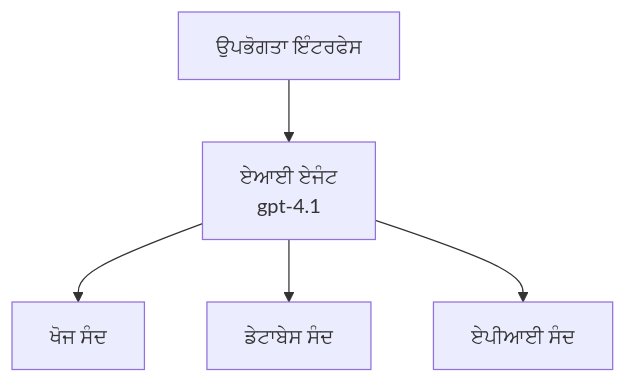
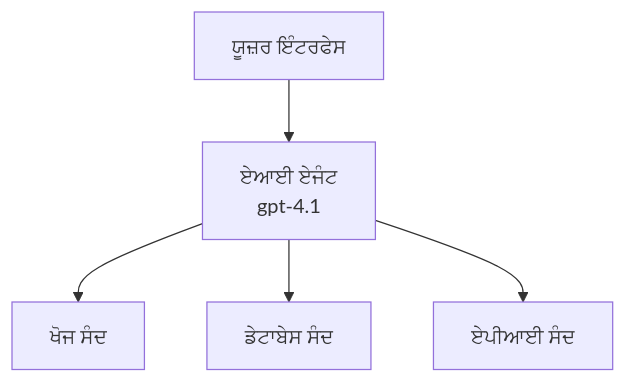
Before and after one commit to microsoft/AZD-for-beginners: the first of 3 diagrams in translations/pa/docs/chapter-02-ai-development/agents.md, drawn with Mermaid. The commit also changed other lines of this file and 59 other files, not shown here.

````diff
--- a/translations/pa/docs/chapter-02-ai-development/agents.md
+++ b/translations/pa/docs/chapter-02-ai-development/agents.md
@@ -162,7 +162,7 @@
 ```mermaid
 graph TD
-    UI[ਉਪਭੋਗਤਾ ਇੰਟਰਫੇਸ] --> Agent[ਏਆਈ ਏਜੰਟ<br/>gpt-4.1]
+    UI[ਯੂਜ਼ਰ ਇੰਟਰਫੇਸ] --> Agent[ਏਆਈ ਏਜੰਟ<br/>gpt-4.1]
     Agent --> Search[ਖੋਜ ਸੰਦ]
     Agent --> Database[ਡੇਟਾਬੇਸ ਸੰਦ]
     Agent --> API[ਏਪੀਆਈ ਸੰਦ]
 ```
````
